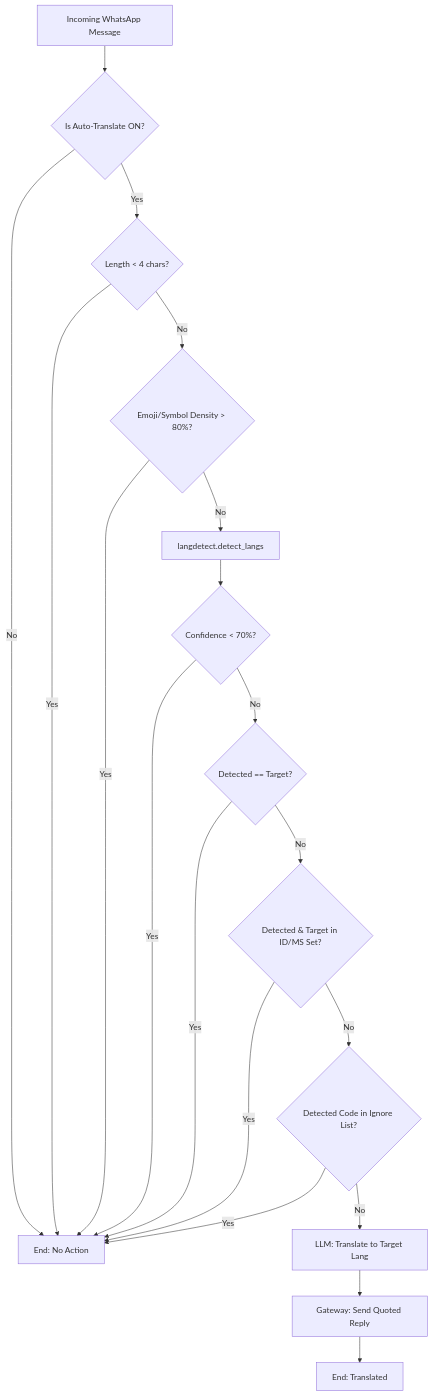
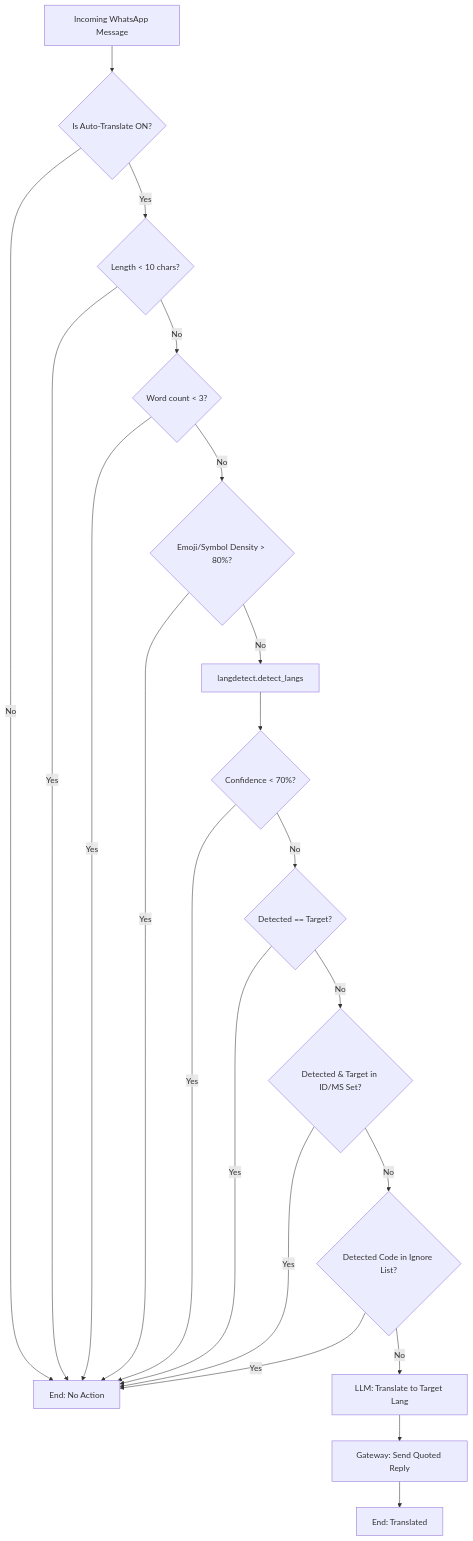
Before and after one commit to cripperzprodigy/whatsapp-casual-bot: the diagram in ai-chat/translation_architecture.md, drawn with Mermaid. The commit also changed other lines of this file and 4 other files, not shown here.

Commit message:
fix: aggressively increase translation word count and length guards to fix statistical hallucinations on short words

````diff
--- a/ai-chat/translation_architecture.md
+++ b/ai-chat/translation_architecture.md
@@ -61,28 +63,31 @@
 ```mermaid
 flowchart TD
     A[Incoming WhatsApp Message] --> B{Is Auto-Translate ON?}
     B -- No --> Z[End: No Action]
-    B -- Yes --> C{Length < 4 chars?}
+    B -- Yes --> C{Length < 10 chars?}
     
     C -- Yes --> Z
-    C -- No --> D{Emoji/Symbol Density > 80%?}
+    C -- No --> CW{Word count < 3?}
+    
+    CW -- Yes --> Z
+    CW -- No --> D{Emoji/Symbol Density > 80%?}
     
     D -- Yes --> Z
     D -- No --> E[langdetect.detect_langs]
     
     E --> F{Confidence < 70%?}
     F -- Yes --> Z
     F -- No --> G{Detected == Target?}
     
     G -- Yes --> Z
     G -- No --> H{Detected & Target in ID/MS Set?}
     
     H -- Yes --> Z
     H -- No --> I{Detected Code in Ignore List?}
     
     I -- Yes --> Z
     I -- No --> J[LLM: Translate to Target Lang]
     
     J --> K[Gateway: Send Quoted Reply]
     K --> Y[End: Translated]
 ```
````
